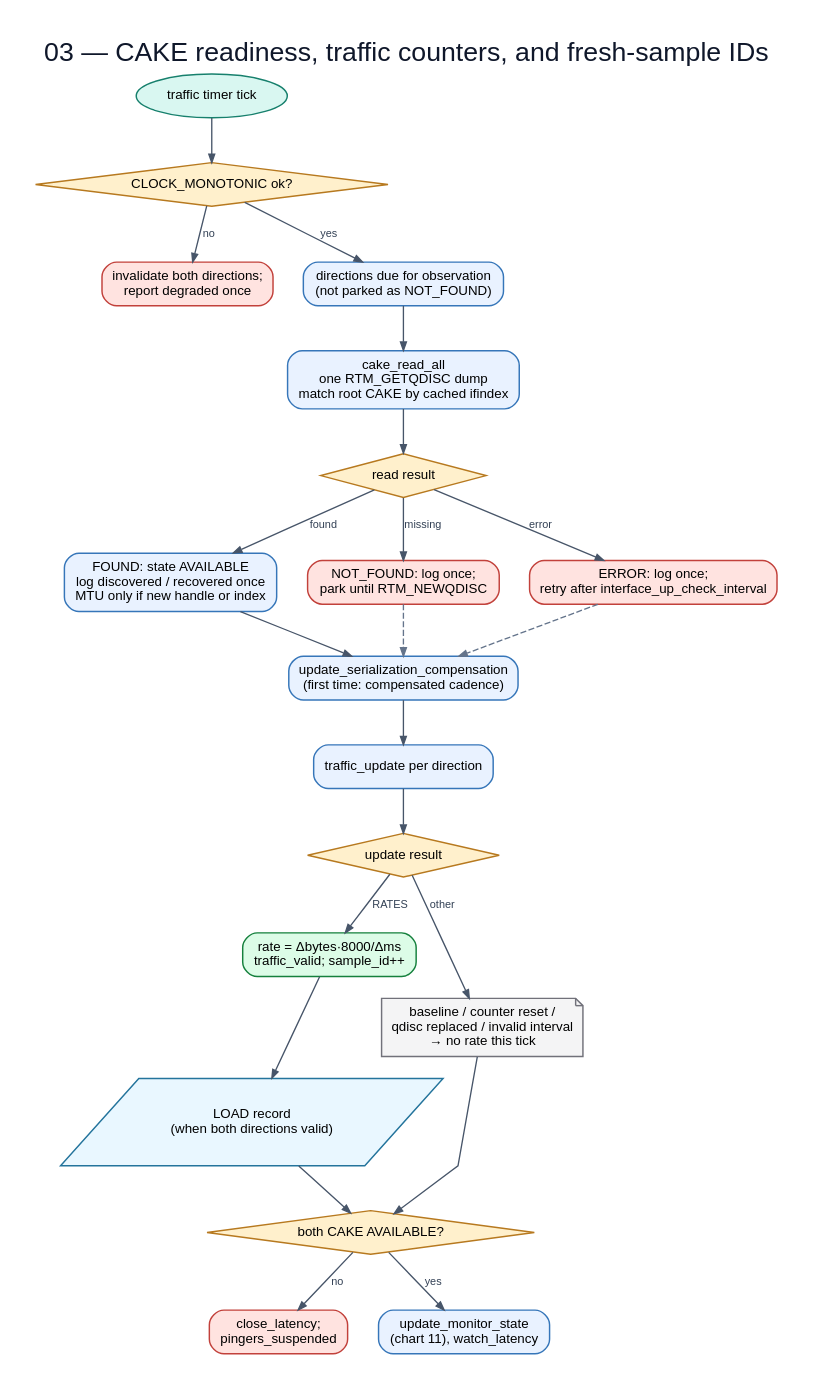
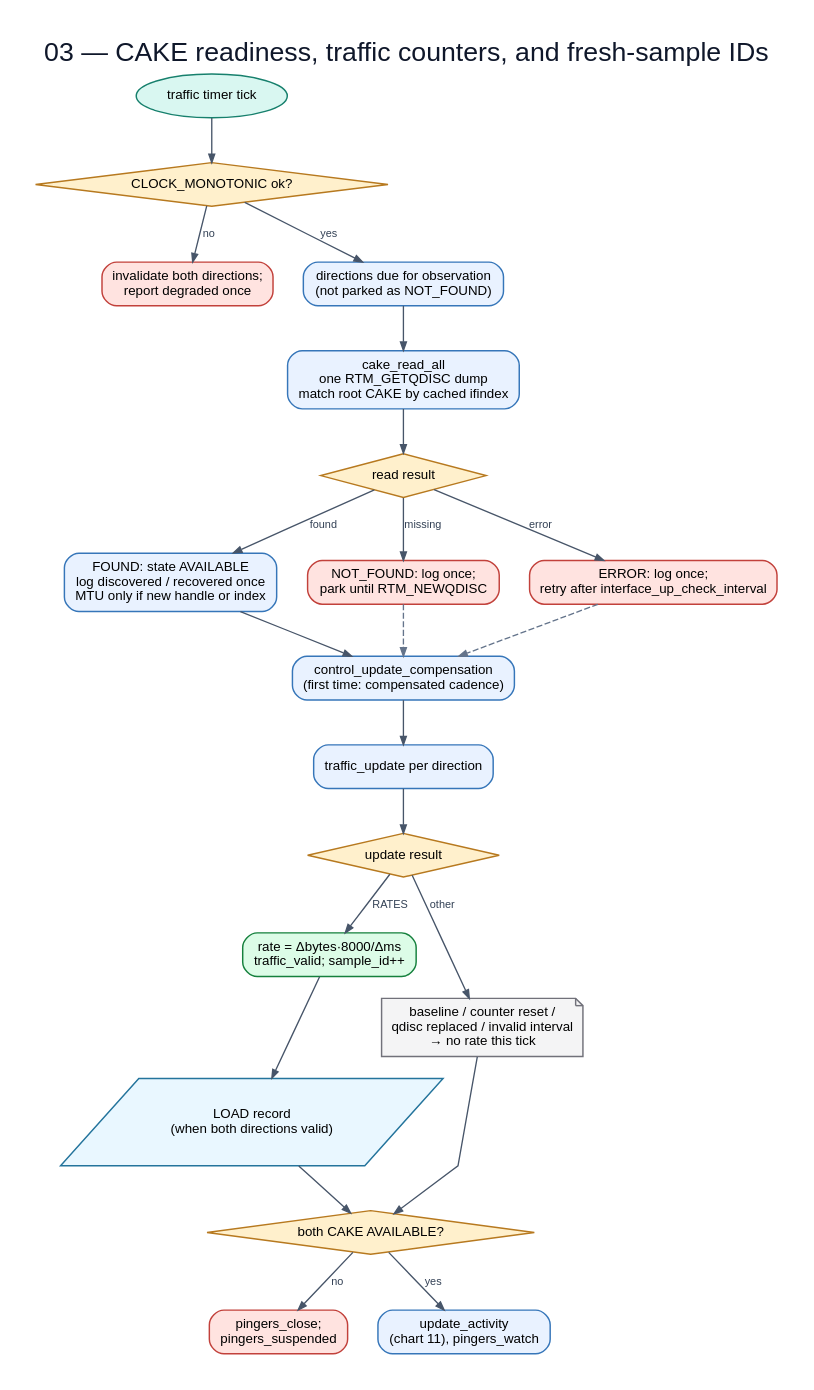
Before and after one commit to huydoan94/cake-adapt: the diagram in flowchart/diagrams/03-cake-and-traffic.dot, drawn with Graphviz. The commit also changed 19 other files, not shown here.

First line of the commit message:
Regenerate the flowcharts for the restructured monitor

```diff
--- a/flowchart/diagrams/03-cake-and-traffic.dot
+++ b/flowchart/diagrams/03-cake-and-traffic.dot
@@ -1,43 +1,43 @@
 digraph G {
   graph [rankdir=TB,bgcolor="white",pad="0.30",nodesep="0.35",ranksep="0.48",splines=polyline,fontname="Arial",label="03 — CAKE readiness, traffic counters, and fresh-sample IDs",labelloc=t,fontsize=22,fontcolor="#0f172a"];
   node [fontname="Arial",fontsize=11,margin="0.14,0.09",penwidth=1.2];
   edge [fontname="Arial",fontsize=9,color="#475569",fontcolor="#334155",arrowsize=0.7,penwidth=1.1];
   tick [label="traffic timer tick",shape=oval,style="filled",fillcolor="#d9f7f1",color="#17806d"];
   clock [label="CLOCK_MONOTONIC ok?",shape=diamond,style="filled",fillcolor="#fff0cc",color="#b7791f"];
   clockfail [label="invalidate both directions;\nreport degraded once",shape=box,style="rounded,filled",fillcolor="#ffe3e0",color="#c2413b"];
   due [label="directions due for observation\n(not parked as NOT_FOUND)",shape=box,style="rounded,filled",fillcolor="#e9f2ff",color="#3676b9"];
   dump [label="cake_read_all\none RTM_GETQDISC dump\nmatch root CAKE by cached ifindex",shape=box,style="rounded,filled",fillcolor="#e9f2ff",color="#3676b9"];
   result [label="read result",shape=diamond,style="filled",fillcolor="#fff0cc",color="#b7791f"];
   found [label="FOUND: state AVAILABLE\nlog discovered / recovered once\nMTU only if new handle or index",shape=box,style="rounded,filled",fillcolor="#e9f2ff",color="#3676b9"];
   notfound [label="NOT_FOUND: log once;\npark until RTM_NEWQDISC",shape=box,style="rounded,filled",fillcolor="#ffe3e0",color="#c2413b"];
   error [label="ERROR: log once;\nretry after interface_up_check_interval",shape=box,style="rounded,filled",fillcolor="#ffe3e0",color="#c2413b"];
-  comp [label="update_serialization_compensation\n(first time: compensated cadence)",shape=box,style="rounded,filled",fillcolor="#e9f2ff",color="#3676b9"];
+  comp [label="control_update_compensation\n(first time: compensated cadence)",shape=box,style="rounded,filled",fillcolor="#e9f2ff",color="#3676b9"];
   traffic [label="traffic_update per direction",shape=box,style="rounded,filled",fillcolor="#e9f2ff",color="#3676b9"];
   tresult [label="update result",shape=diamond,style="filled",fillcolor="#fff0cc",color="#b7791f"];
   rate [label="rate = Δbytes·8000/Δms\ntraffic_valid; sample_id++",shape=box,style="rounded,filled,bold",fillcolor="#dcfce7",color="#15803d"];
   rebase [label="baseline / counter reset /\nqdisc replaced / invalid interval\n→ no rate this tick",shape=note,style="filled",fillcolor="#f4f4f5",color="#71717a"];
   load [label="LOAD record\n(when both directions valid)",shape=parallelogram,style="filled",fillcolor="#e9f7ff",color="#24749c"];
   ready [label="both CAKE AVAILABLE?",shape=diamond,style="filled",fillcolor="#fff0cc",color="#b7791f"];
-  suspend [label="close_latency;\npingers_suspended",shape=box,style="rounded,filled",fillcolor="#ffe3e0",color="#c2413b"];
-  activity [label="update_monitor_state\n(chart 11), watch_latency",shape=box,style="rounded,filled",fillcolor="#e9f2ff",color="#3676b9"];
+  suspend [label="pingers_close;\npingers_suspended",shape=box,style="rounded,filled",fillcolor="#ffe3e0",color="#c2413b"];
+  activity [label="update_activity\n(chart 11), pingers_watch",shape=box,style="rounded,filled",fillcolor="#e9f2ff",color="#3676b9"];
   tick -> clock;
   clock -> clockfail [label="no"];
   clock -> due [label="yes"];
   due -> dump;
   dump -> result;
   result -> found [label="found"];
   result -> notfound [label="missing"];
   result -> error [label="error"];
   found -> comp;
   notfound -> comp [style=dashed,color="#64748b"];
   error -> comp [style=dashed,color="#64748b"];
   comp -> traffic;
   traffic -> tresult;
   tresult -> rate [label="RATES"];
   tresult -> rebase [label="other"];
   rate -> load;
   load -> ready;
   rebase -> ready;
   ready -> suspend [label="no"];
   ready -> activity [label="yes"];
 }
```
